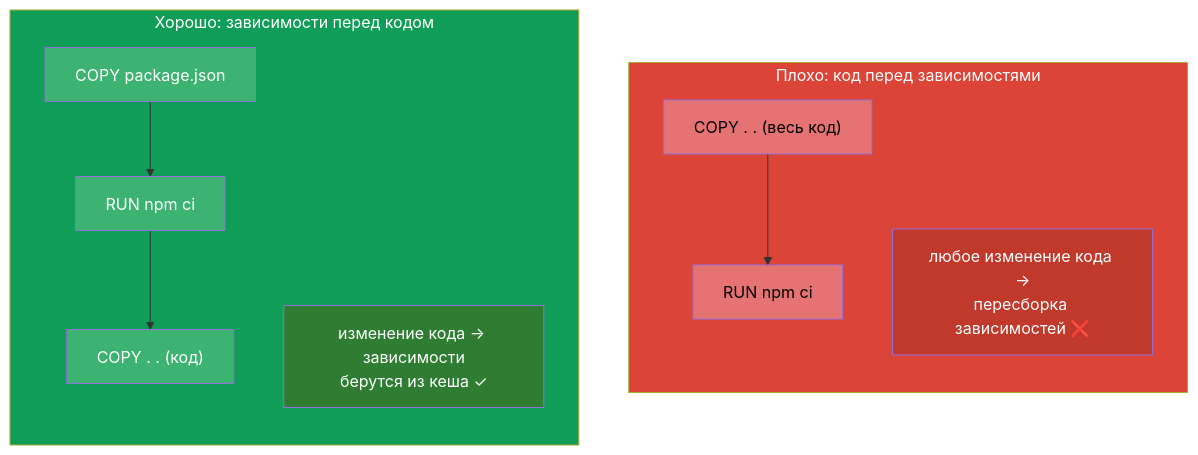
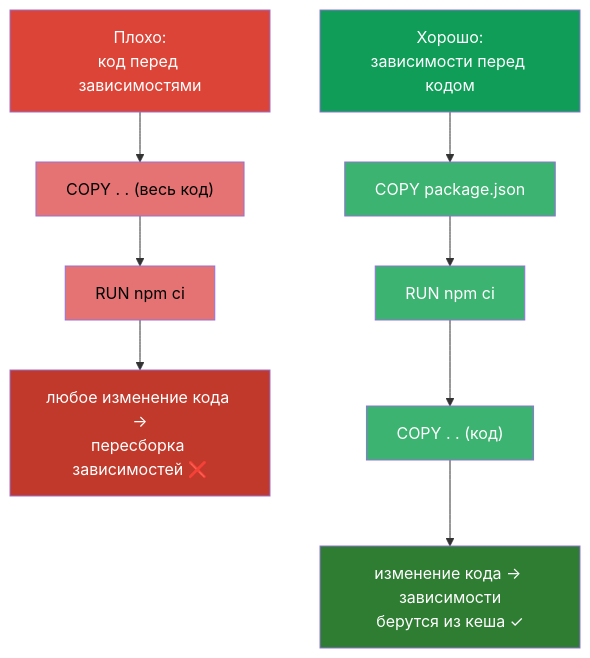
One commit to ViktorUJ/cks changed the second of 5 diagrams in tasks/cka/course/23/ru.md. Above: the diagram before and after it, drawn with Mermaid. The commit also changed other lines of this file and 30 other files, not shown here.

````diff
--- a/tasks/cka/course/23/ru.md
+++ b/tasks/cka/course/23/ru.md
@@ -75,22 +75,14 @@
 ```mermaid
 flowchart TB
-    subgraph Bad["Плохо: код перед зависимостями"]
-        direction TB
-        b1["COPY . .  (весь код)"] --> b2["RUN npm ci"]
-        b3["любое изменение кода →<br>пересборка зависимостей ❌"]
-    end
-    subgraph Good["Хорошо: зависимости перед кодом"]
-        direction TB
-        g1["COPY package.json"] --> g2["RUN npm ci"] --> g3["COPY . .  (код)"]
-        g4["изменение кода → зависимости<br>берутся из кеша ✓"]
-    end
-    style Bad fill:#db4437,color:#fff
-    style Good fill:#0f9d58,color:#fff
+    bad0["Плохо:<br>код перед зависимостями"] --> b1["COPY . .  (весь код)"] --> b2["RUN npm ci"] --> b3["любое изменение кода →<br>пересборка зависимостей ❌"]
+    good0["Хорошо:<br>зависимости перед кодом"] --> g1["COPY package.json"] --> g2["RUN npm ci"] --> g3["COPY . .  (код)"] --> g4["изменение кода → зависимости<br>берутся из кеша ✓"]
+    style bad0 fill:#db4437,color:#fff
+    style good0 fill:#0f9d58,color:#fff
     style b1 fill:#e57373,color:#000
     style b2 fill:#e57373,color:#000
     style b3 fill:#c0392b,color:#fff
     style g1 fill:#3cb371,color:#fff
     style g2 fill:#3cb371,color:#fff
     style g3 fill:#3cb371,color:#fff
     style g4 fill:#2e7d32,color:#fff
 ```
````
